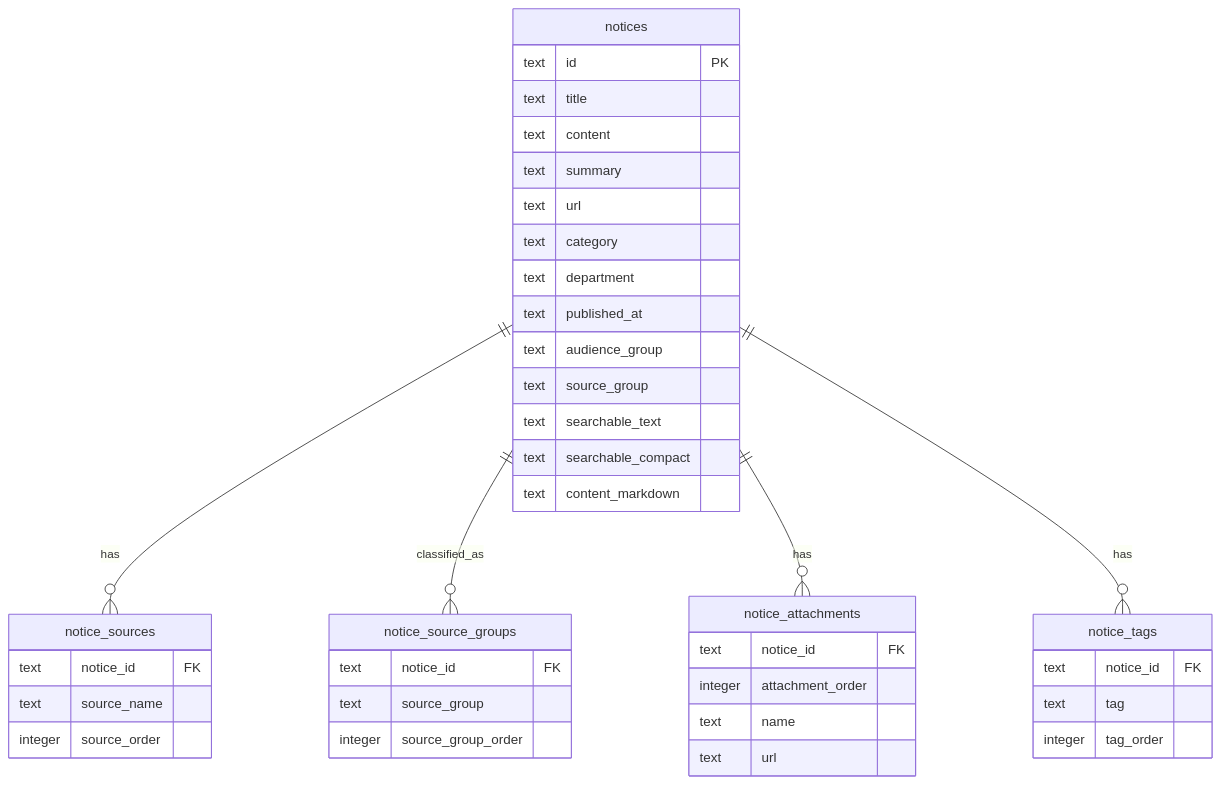
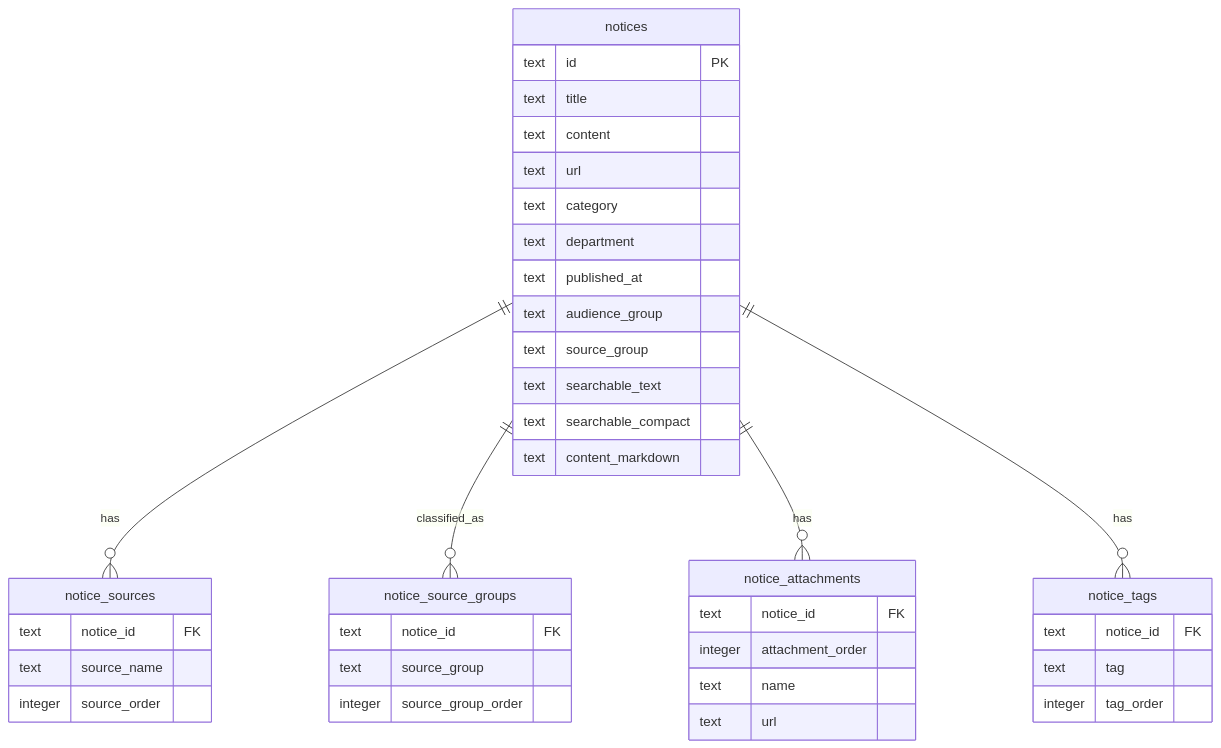
The diagram in docs/ERD.md (KAU-HUB-Official/KAU-Notice-Hub-BackEnd), drawn with Mermaid before and after one commit. The commit also changed other lines of this file and 25 other files, not shown here.

````diff
--- a/docs/ERD.md
+++ b/docs/ERD.md
@@ -41,48 +41,47 @@
 ```mermaid
 erDiagram
   notices ||--o{ notice_sources : has
   notices ||--o{ notice_source_groups : classified_as
   notices ||--o{ notice_attachments : has
   notices ||--o{ notice_tags : has
 
   notices {
     text id PK
     text title
     text content
-    text summary
     text url
     text category
     text department
     text published_at
     text audience_group
     text source_group
     text searchable_text
     text searchable_compact
     text content_markdown
   }
 
   notice_sources {
     text notice_id FK
     text source_name
     integer source_order
   }
 
   notice_source_groups {
     text notice_id FK
     text source_group
     integer source_group_order
   }
 
   notice_attachments {
     text notice_id FK
     integer attachment_order
     text name
     text url
   }
 
   notice_tags {
     text notice_id FK
     text tag
     integer tag_order
   }
 ```
````
